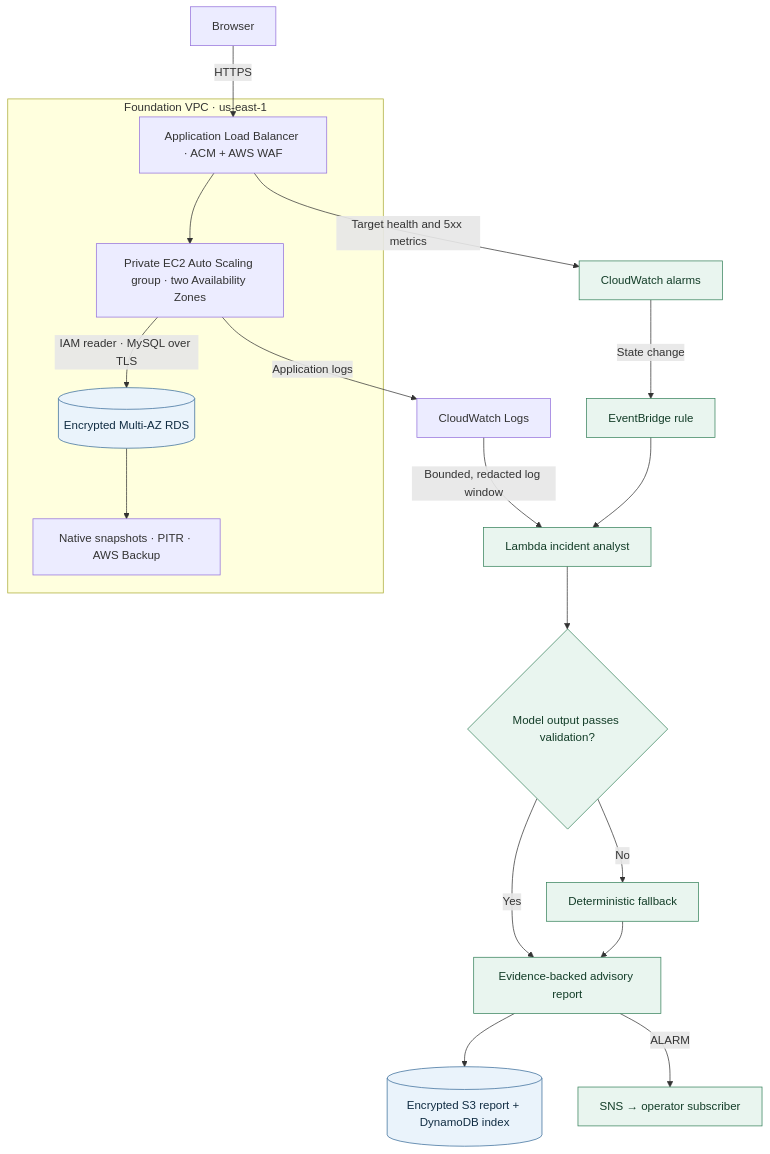
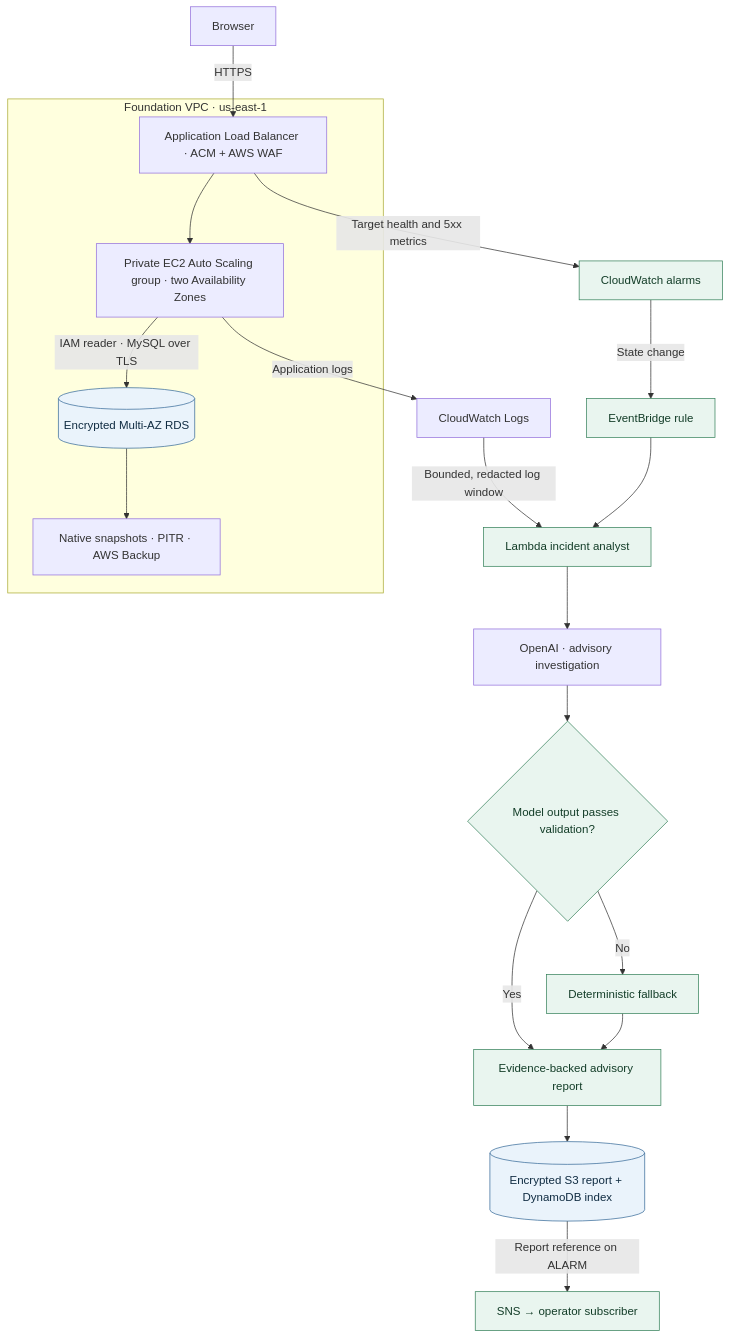
One commit to JNHolman/RSVP-Cloud-Platform changed the diagram in project-1-cloud-foundation/README.md. Above: the diagram before and after it, drawn with Mermaid. The commit also changed other lines of this file and 5 other files, not shown here.

````diff
--- a/project-1-cloud-foundation/README.md
+++ b/project-1-cloud-foundation/README.md
@@ -5,24 +5,25 @@
 ```mermaid
 flowchart TB
   client["Browser"] -->|HTTPS| edge["Application Load Balancer · ACM + AWS WAF"]
   subgraph vpc["Foundation VPC · us-east-1"]
     edge --> asg["Private EC2 Auto Scaling group · two Availability Zones"]
     asg -->|IAM reader · MySQL over TLS| db[("Encrypted Multi-AZ RDS")]
     db --> backup["Native snapshots · PITR · AWS Backup"]
   end
   asg -->|Application logs| logs["CloudWatch Logs"]
   edge -->|Target health and 5xx metrics| alarm["CloudWatch alarms"]
   alarm -->|State change| eb["EventBridge rule"]
   eb --> fn["Lambda incident analyst"]
   logs -->|Bounded, redacted log window| fn
-  fn --> ai{"Model output passes validation?"}
+  fn --> model["OpenAI · advisory investigation"]
+  model --> ai{"Model output passes validation?"}
   ai -->|Yes| report["Evidence-backed advisory report"]
   ai -->|No| fallback["Deterministic fallback"]
   fallback --> report
   report --> store[("Encrypted S3 report + DynamoDB index")]
-  report -->|ALARM| sns["SNS → operator subscriber"]
+  store -->|Report reference on ALARM| sns["SNS → operator subscriber"]
   classDef data fill:#eaf3fb,stroke:#376b98,color:#102c42
   classDef ops fill:#e9f5ef,stroke:#35815a,color:#133d28
   class db,store data
   class alarm,eb,fn,ai,report,fallback,sns ops
 ```
````
